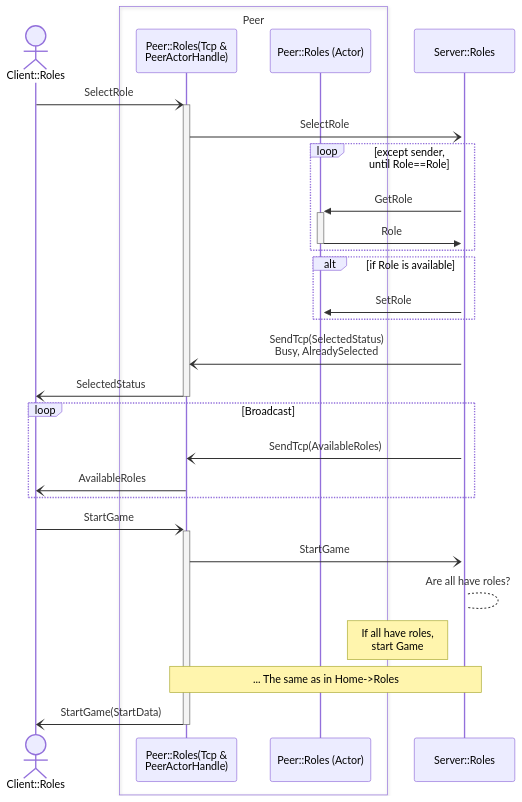
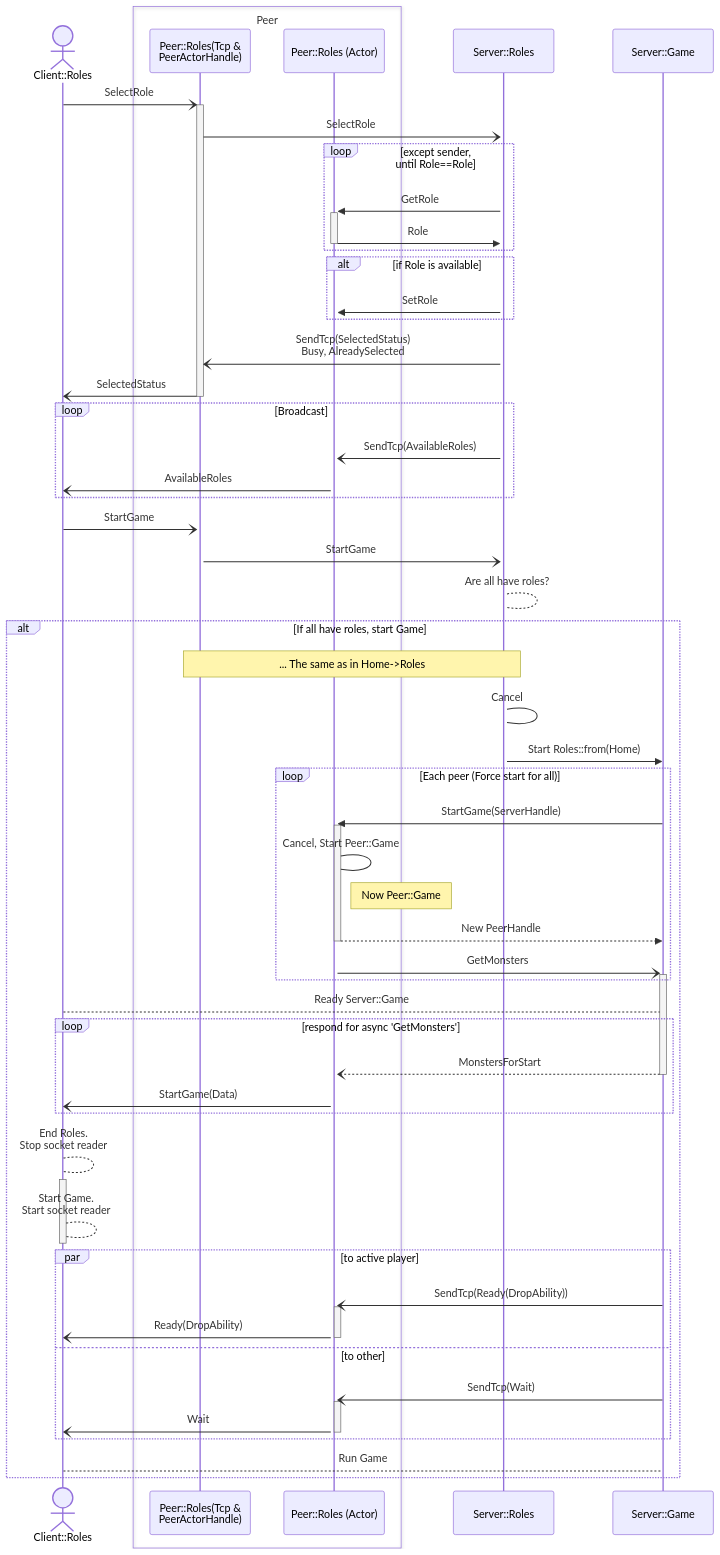
One commit to 39555/kobuleti changed the third of 4 diagrams in README.md. Above: the diagram before and after it, drawn with Mermaid. The commit also changed other lines of this file and 1 other file, not shown here.

Commit message:
docs: upd mermaid

````diff
--- a/README.md
+++ b/README.md
@@ -117,32 +118,59 @@
 ```mermaid
 sequenceDiagram
     actor C as Client::Roles
     box Peer
         participant PC as Peer::Roles(Tcp &<br/> PeerActorHandle)
         participant P as Peer::Roles (Actor)
     end
     participant R as Server::Roles
 
     C -)+PC: SelectRole
     PC -)+R: SelectRole
     loop except sender,<br/> until Role==Role
         R->>+P: GetRole
         P->>-R: Role
         
     end
     alt if Role is available
         R->>+P: SetRole 
     end
     R-)PC: SendTcp(SelectedStatus)<br/>Busy, AlreadySelected
     PC-)-C: SelectedStatus
     loop Broadcast
-        R-)PC: SendTcp(AvailableRoles)
-        PC-)C: AvailableRoles
+        R-)P: SendTcp(AvailableRoles)
+        P-)C: AvailableRoles
     end
     C-)+PC: StartGame
     PC-)R: StartGame
     R-->R: Are all have roles?
-    Note left of R: If all have roles,<br/> start Game
+        alt If all have roles, start Game
     Note over PC, R: ... The same as in Home->Roles
-    PC-)-C: StartGame(StartData)
+    R->R: Cancel
+    participant G as Server::Game
+    R->>G: Start Roles::from(Home)
+    loop Each peer (Force start for all)
+        G->>+P: StartGame(ServerHandle)
+        P->P:  Cancel, Start Peer::Game
+        Note right of P: Now Peer::Game
+        P-->>-G: New PeerHandle
+        P-)+G: GetMonsters
+
+    end
+    C-->G: Ready Server::Game
+    loop respond for async 'GetMonsters'
+        G--)-P: MonstersForStart
+        P-)C: StartGame(Data)
+    end
+    C-->+C: End Roles.<br/> Stop socket reader
+    C-->-C: Start Game.<br/> Start socket reader
+    par to active player
+        G-)+P: SendTcp(Ready(DropAbility))
+        P-)-C: Ready(DropAbility)
+    and to other
+        G-)+P: SendTcp(Wait)
+        P-)-C: Wait
+    end
+    
+    C-->G: Run Game
+    end
 ```
````
